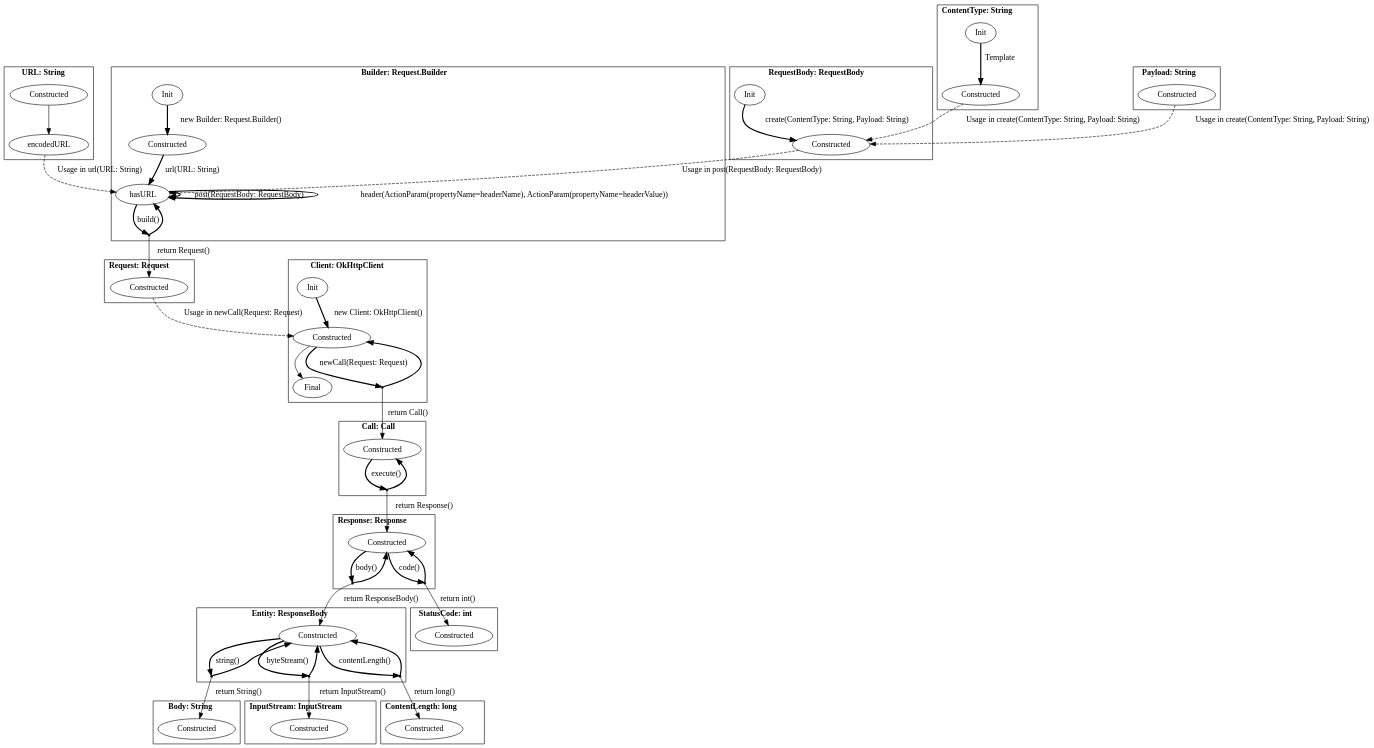
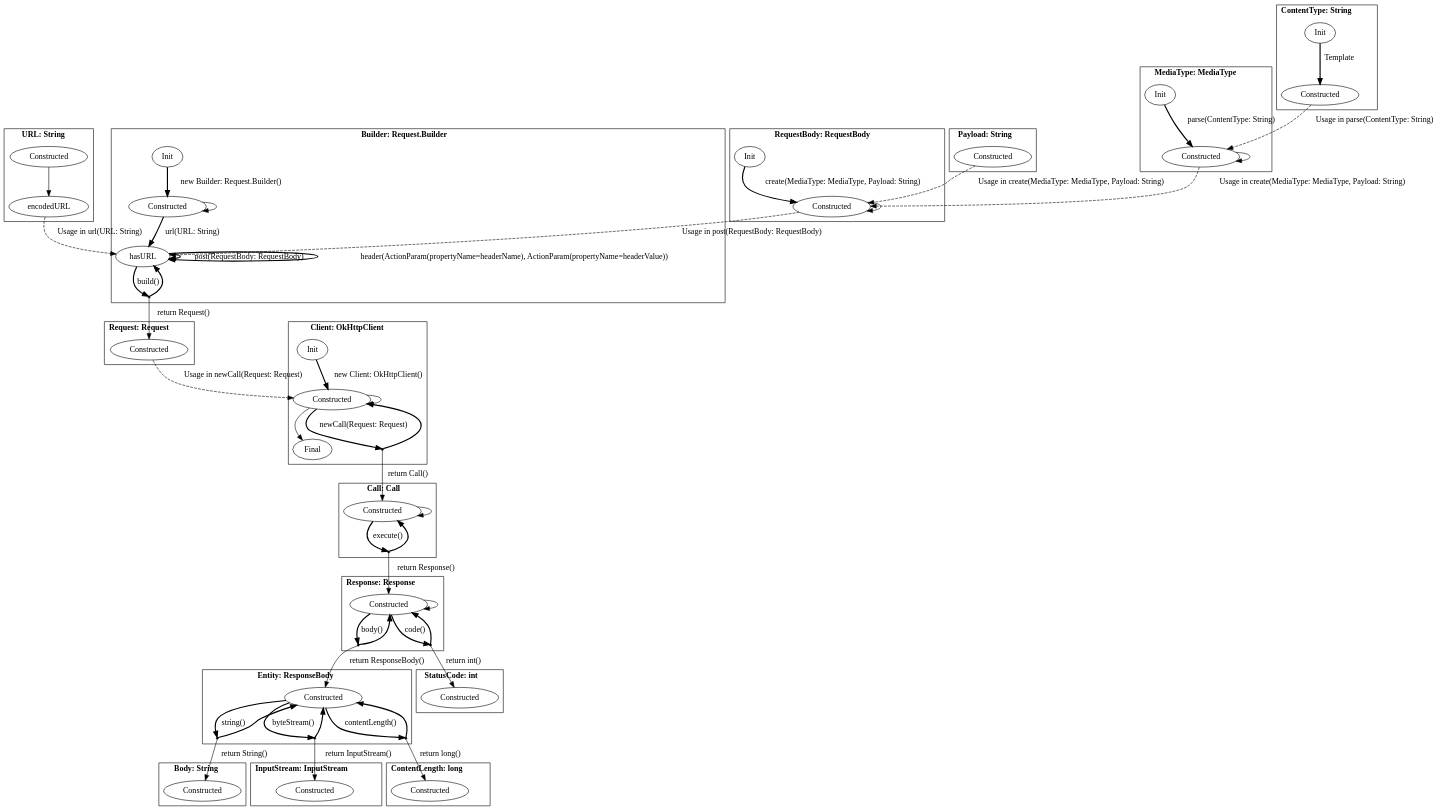
Before and after one commit to h31/LibraryMigration: the diagram in pictures/okhttp.dot, drawn with Graphviz. The commit also changed 13 other files, not shown here.

```diff
--- a/pictures/okhttp.dot
+++ b/pictures/okhttp.dot
@@ -1,112 +1,125 @@
 digraph G {
     bgcolor="transparent";
     subgraph cluster0 {
     label = <<B>URL: String</B>>;
         Constructed_URL [ label="Constructed" ];
         encodedURL_URL [ label="encodedURL" ];
     }
     subgraph cluster1 {
     label = <<B>Request: Request</B>>;
         Constructed_Request [ label="Constructed" ];
     }
     subgraph cluster2 {
     label = <<B>Client: OkHttpClient</B>>;
         Constructed_Client [ label="Constructed" ];
         Init_Client [ label="Init" ];
         Final_Client [ label="Final" ];
         virtual0 [ shape = point ];
     }
     subgraph cluster3 {
     label = <<B>Response: Response</B>>;
         Constructed_Response [ label="Constructed" ];
         virtual1 [ shape = point ];
         virtual2 [ shape = point ];
     }
     subgraph cluster4 {
     label = <<B>Body: String</B>>;
         Constructed_Body [ label="Constructed" ];
     }
     subgraph cluster5 {
     label = <<B>InputStream: InputStream</B>>;
         Constructed_InputStream [ label="Constructed" ];
     }
     subgraph cluster6 {
     label = <<B>ContentLength: long</B>>;
         Constructed_ContentLength [ label="Constructed" ];
     }
     subgraph cluster7 {
     label = <<B>Entity: ResponseBody</B>>;
         Constructed_Entity [ label="Constructed" ];
         virtual3 [ shape = point ];
         virtual4 [ shape = point ];
         virtual5 [ shape = point ];
     }
     subgraph cluster8 {
     label = <<B>Builder: Request.Builder</B>>;
         Constructed_Builder [ label="Constructed" ];
         Init_Builder [ label="Init" ];
         hasURL_Builder [ label="hasURL" ];
         virtual6 [ shape = point ];
     }
     subgraph cluster9 {
     label = <<B>Call: Call</B>>;
         Constructed_Call [ label="Constructed" ];
         virtual7 [ shape = point ];
     }
     subgraph cluster10 {
     label = <<B>StatusCode: int</B>>;
         Constructed_StatusCode [ label="Constructed" ];
     }
     subgraph cluster11 {
     label = <<B>RequestBody: RequestBody</B>>;
         Constructed_RequestBody [ label="Constructed" ];
         Init_RequestBody [ label="Init" ];
     }
     subgraph cluster12 {
     label = <<B>ContentType: String</B>>;
         Constructed_ContentType [ label="Constructed" ];
         Init_ContentType [ label="Init" ];
     }
     subgraph cluster13 {
     label = <<B>Payload: String</B>>;
         Constructed_Payload [ label="Constructed" ];
     }
+    subgraph cluster14 {
+    label = <<B>MediaType: MediaType</B>>;
+        Constructed_MediaType [ label="Constructed" ];
+        Init_MediaType [ label="Init" ];
+    }
         Constructed_URL -> encodedURL_URL [ label="", style = "solid"  ];
         encodedURL_URL -> hasURL_Builder [ label="Usage in url(URL: String)", style = "dashed"  ];
         Constructed_Request -> Constructed_Client [ label="Usage in newCall(Request: Request)", style = "dashed"  ];
         Init_Client -> Constructed_Client [ label="new Client: OkHttpClient()", style = "bold"  ];
         Constructed_Client -> virtual0 [ style = "bold" label="newCall(Request: Request)"  ];
         virtual0 -> Constructed_Client [ style = "bold"  ];
         virtual0 -> Constructed_Call [ label="return Call()"  ];
         Constructed_Client -> Final_Client [ label="", style = "solid"  ];
+        Constructed_Client -> Constructed_Client [ label="", style = "solid"  ];
         Constructed_Response -> virtual1 [ style = "bold" label="body()"  ];
         virtual1 -> Constructed_Response [ style = "bold"  ];
         virtual1 -> Constructed_Entity [ label="return ResponseBody()"  ];
         Constructed_Response -> virtual2 [ style = "bold" label="code()"  ];
         virtual2 -> Constructed_Response [ style = "bold"  ];
         virtual2 -> Constructed_StatusCode [ label="return int()"  ];
+        Constructed_Response -> Constructed_Response [ label="", style = "solid"  ];
         Constructed_Entity -> virtual3 [ style = "bold" label="string()"  ];
         virtual3 -> Constructed_Entity [ style = "bold"  ];
         virtual3 -> Constructed_Body [ label="return String()"  ];
         Constructed_Entity -> virtual4 [ style = "bold" label="byteStream()"  ];
         virtual4 -> Constructed_Entity [ style = "bold"  ];
         virtual4 -> Constructed_InputStream [ label="return InputStream()"  ];
         Constructed_Entity -> virtual5 [ style = "bold" label="contentLength()"  ];
         virtual5 -> Constructed_Entity [ style = "bold"  ];
         virtual5 -> Constructed_ContentLength [ label="return long()"  ];
         Init_Builder -> Constructed_Builder [ label="new Builder: Request.Builder()", style = "bold"  ];
         Constructed_Builder -> hasURL_Builder [ label="url(URL: String)", style = "bold"  ];
         hasURL_Builder -> hasURL_Builder [ label="post(RequestBody: RequestBody)", style = "bold"  ];
         hasURL_Builder -> hasURL_Builder [ label="header(ActionParam(propertyName&#x3D;headerName), ActionParam(propertyName&#x3D;headerValue))", style = "bold"  ];
         hasURL_Builder -> virtual6 [ style = "bold" label="build()"  ];
         virtual6 -> hasURL_Builder [ style = "bold"  ];
         virtual6 -> Constructed_Request [ label="return Request()"  ];
+        Constructed_Builder -> Constructed_Builder [ label="", style = "solid"  ];
         Constructed_Call -> virtual7 [ style = "bold" label="execute()"  ];
         virtual7 -> Constructed_Call [ style = "bold"  ];
         virtual7 -> Constructed_Response [ label="return Response()"  ];
-        Init_RequestBody -> Constructed_RequestBody [ label="create(ContentType: String, Payload: String)", style = "bold"  ];
+        Constructed_Call -> Constructed_Call [ label="", style = "solid"  ];
+        Init_RequestBody -> Constructed_RequestBody [ label="create(MediaType: MediaType, Payload: String)", style = "bold"  ];
         Constructed_RequestBody -> hasURL_Builder [ label="Usage in post(RequestBody: RequestBody)", style = "dashed"  ];
+        Constructed_RequestBody -> Constructed_RequestBody [ label="", style = "solid"  ];
         Init_ContentType -> Constructed_ContentType [ label="Template", style = "bold"  ];
-        Constructed_ContentType -> Constructed_RequestBody [ label="Usage in create(ContentType: String, Payload: String)", style = "dashed"  ];
-        Constructed_Payload -> Constructed_RequestBody [ label="Usage in create(ContentType: String, Payload: String)", style = "dashed"  ];
+        Constructed_ContentType -> Constructed_MediaType [ label="Usage in parse(ContentType: String)", style = "dashed"  ];
+        Constructed_Payload -> Constructed_RequestBody [ label="Usage in create(MediaType: MediaType, Payload: String)", style = "dashed"  ];
+        Init_MediaType -> Constructed_MediaType [ label="parse(ContentType: String)", style = "bold"  ];
+        Constructed_MediaType -> Constructed_RequestBody [ label="Usage in create(MediaType: MediaType, Payload: String)", style = "dashed"  ];
+        Constructed_MediaType -> Constructed_MediaType [ label="", style = "solid"  ];
 }
```
